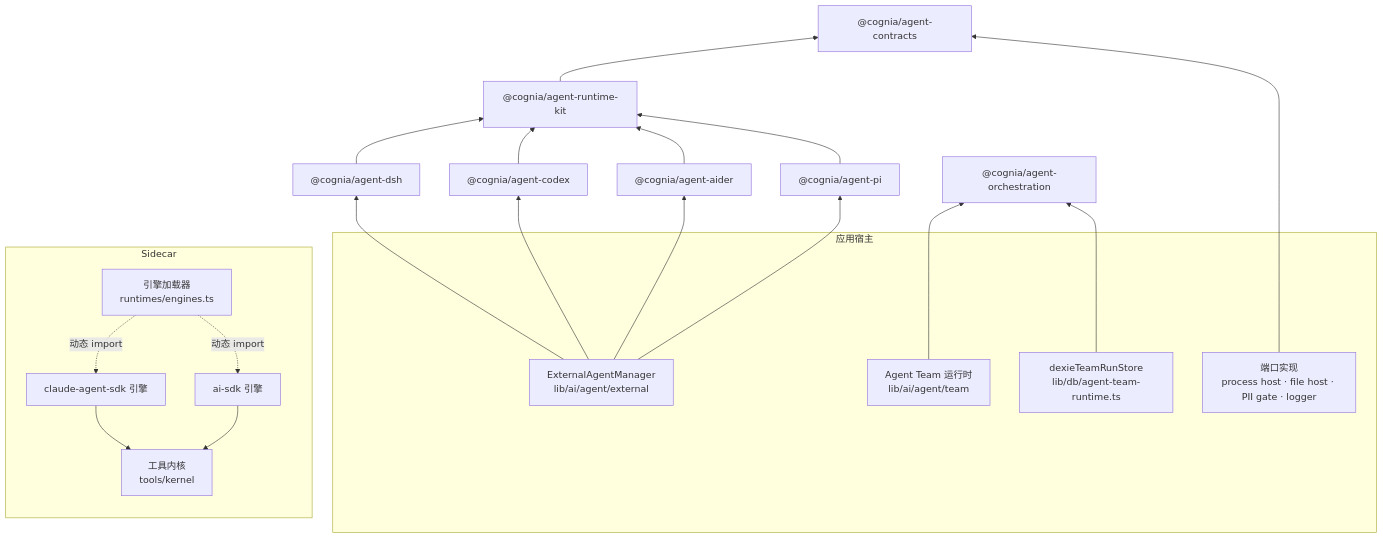
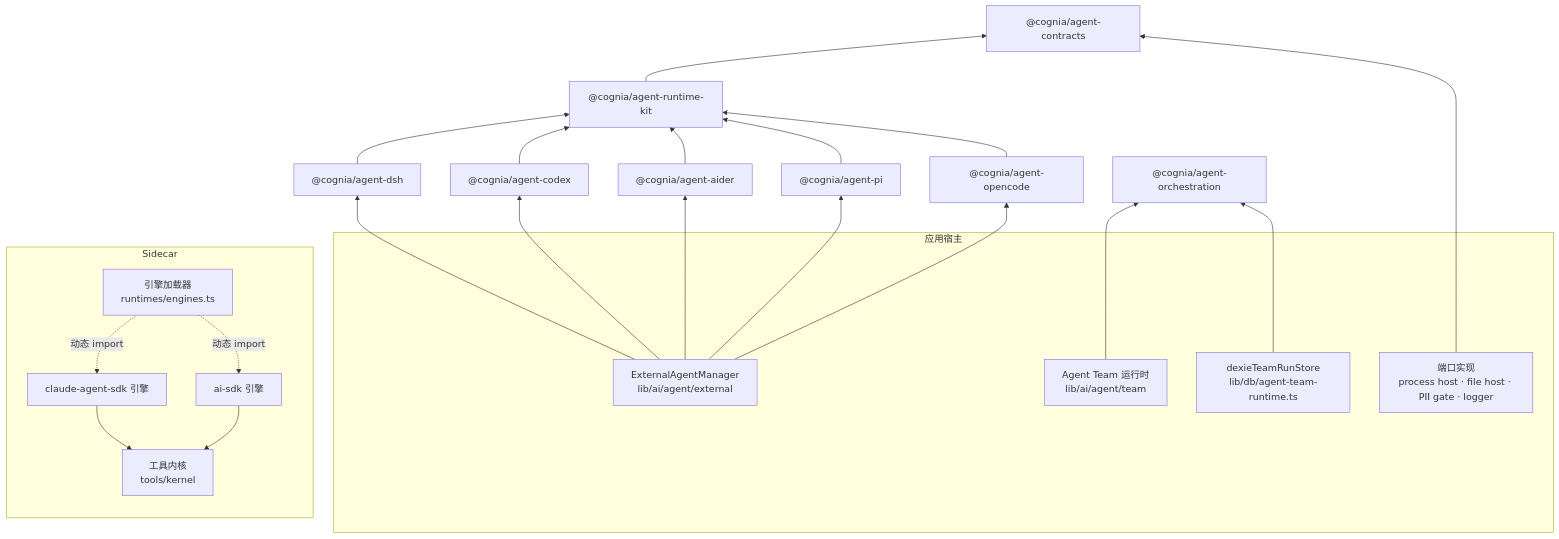
One commit to MaxQian888/cognia-next changed the diagram in docs/content/docs/zh/subsystems/agent-packages/index.mdx. Above: the diagram before and after it, drawn with Mermaid. The commit also changed other lines of this file and 47 other files, not shown here.

````diff
--- a/docs/content/docs/zh/subsystems/agent-packages/index.mdx
+++ b/docs/content/docs/zh/subsystems/agent-packages/index.mdx
@@ -39,33 +40,35 @@
 ```mermaid
 flowchart BT
   contracts["@cognia/agent-contracts"]
   kit["@cognia/agent-runtime-kit"] --> contracts
   dsh["@cognia/agent-dsh"] --> kit
   codex["@cognia/agent-codex"] --> kit
   aider["@cognia/agent-aider"] --> kit
   pi["@cognia/agent-pi"] --> kit
+  opencode["@cognia/agent-opencode"] --> kit
   orch["@cognia/agent-orchestration"]
   subgraph host["应用宿主"]
     manager["ExternalAgentManager<br/>lib/ai/agent/external"]
     ports["端口实现<br/>process host · file host · PII gate · logger"]
     team["Agent Team 运行时<br/>lib/ai/agent/team"]
     dexie["dexieTeamRunStore<br/>lib/db/agent-team-runtime.ts"]
   end
   subgraph sidecar["Sidecar"]
     engines["引擎加载器<br/>runtimes/engines.ts"]
     claude["claude-agent-sdk 引擎"]
     aisdk["ai-sdk 引擎"]
     kernel["工具内核<br/>tools/kernel"]
   end
   manager --> dsh
   manager --> codex
   manager --> aider
   manager --> pi
+  manager --> opencode
   ports --> contracts
   team --> orch
   dexie --> orch
   engines -.动态 import.-> claude
   engines -.动态 import.-> aisdk
   claude --> kernel
   aisdk --> kernel
 ```
````
